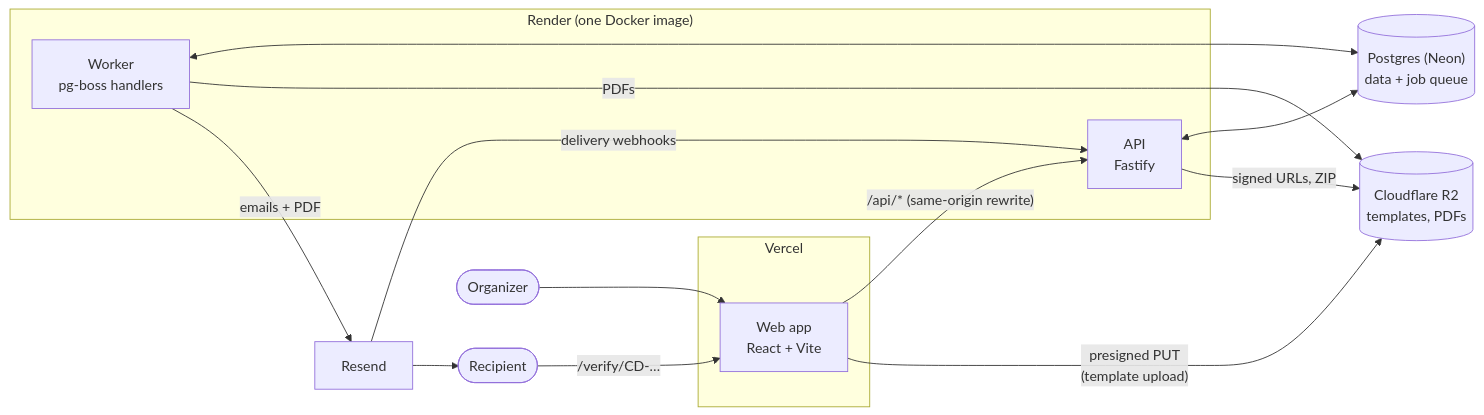
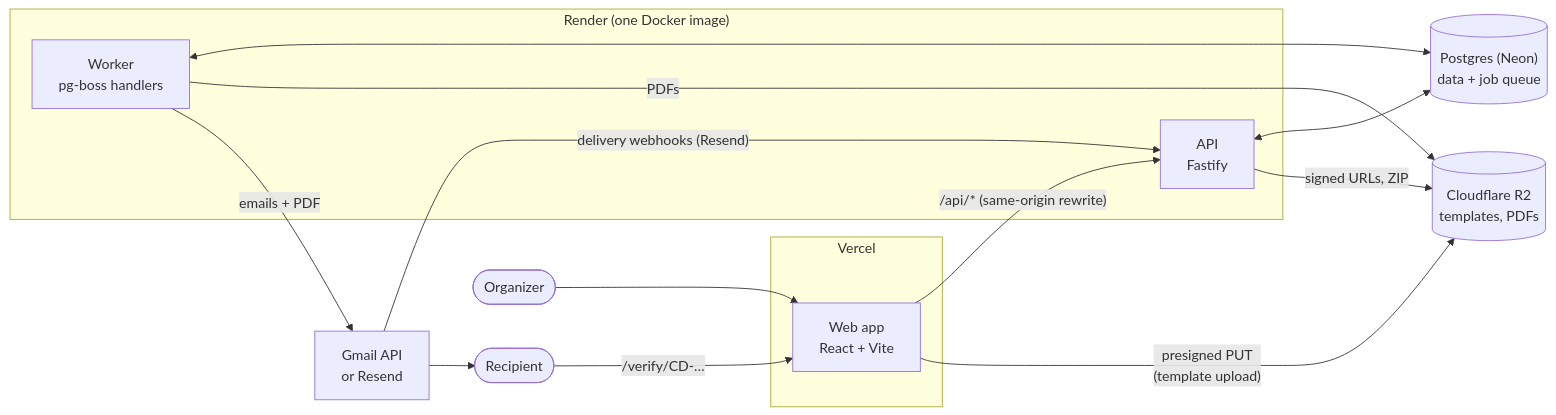
One commit to Osmium-hacked/CertDrop changed the first of 2 diagrams in README.md. Above: the diagram before and after it, drawn with Mermaid. The commit also changed other lines of this file and 20 other files, not shown here.

First line of the commit message:
Run on free hosting: worker in the API, Gmail sending, wake-up notice

````diff
--- a/README.md
+++ b/README.md
@@ -29,25 +32,25 @@
 ```mermaid
 flowchart LR
     organizer([Organizer]) --> web
     recipient([Recipient]) -- "/verify/CD-…" --> web
 
     subgraph vercel [Vercel]
         web["Web app<br/>React + Vite"]
     end
 
     web -- "/api/* (same-origin rewrite)" --> api
     web -- "presigned PUT<br/>(template upload)" --> r2
 
     subgraph render ["Render (one Docker image)"]
         api["API<br/>Fastify"]
         worker["Worker<br/>pg-boss handlers"]
     end
 
     api <--> pg[("Postgres (Neon)<br/>data + job queue")]
     worker <--> pg
     api -- "signed URLs, ZIP" --> r2[("Cloudflare R2<br/>templates, PDFs")]
     worker -- "PDFs" --> r2
-    worker -- "emails + PDF" --> resend[Resend]
-    resend -- "delivery webhooks" --> api
-    resend --> recipient
+    worker -- "emails + PDF" --> mail["Gmail API<br/>or Resend"]
+    mail -- "delivery webhooks (Resend)" --> api
+    mail --> recipient
 ```
````
